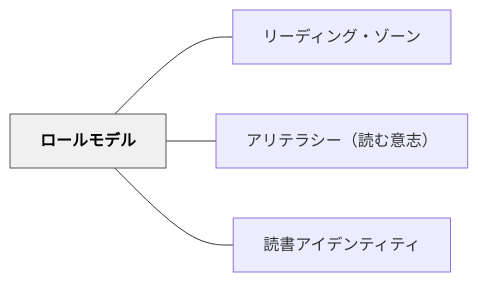
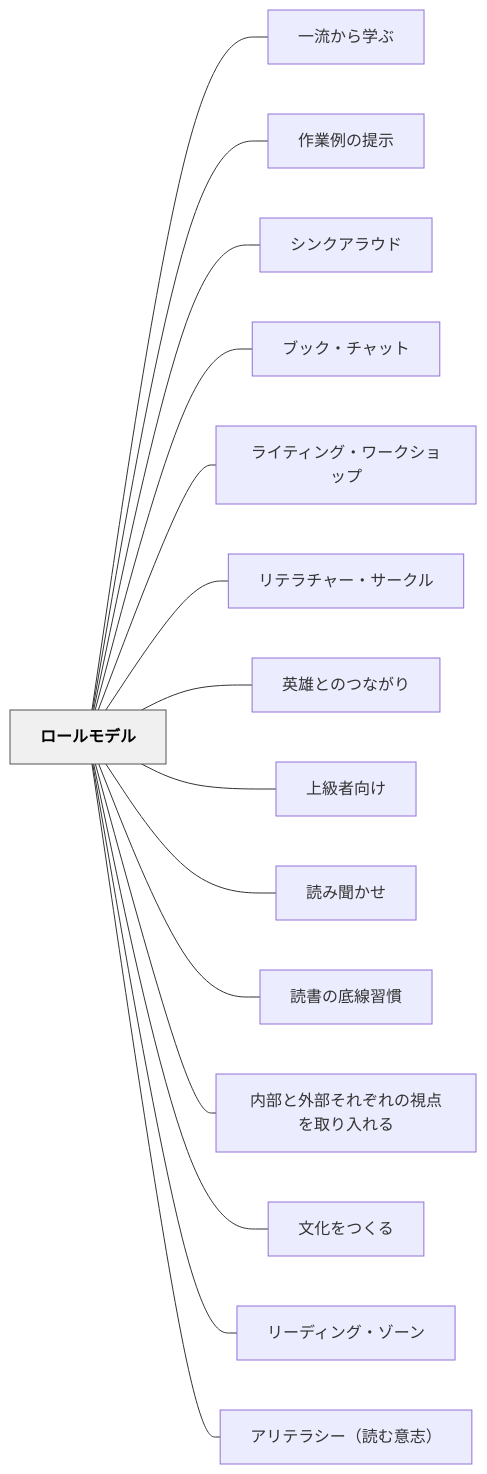
One commit to unknownthings-ed-patterns/unknownthings-ed-patterns changed the diagram in content/パタン/ロールモデル.md. Above: the diagram before and after it, drawn with Mermaid. The commit also changed other lines of this file and 473 other files, not shown here.

````diff
--- a/content/パタン/ロールモデル.md
+++ b/content/パタン/ロールモデル.md
@@ -108,14 +120,36 @@
 ```mermaid
 flowchart LR
     ne383ade383bc["ロールモデル"]
+    ne4b880e6b581["一流から学ぶ"]
+    ne4bd9ce6a5ad["作業例の提示"]
+    ne382b7e383b3["シンクアラウド"]
+    ne38396e38383["ブック・チャット"]
+    ne383a9e382a4["ライティング・ワークショップ"]
+    ne383aae38386["リテラチャー・サークル"]
+    ne88bb1e99b84["英雄とのつながり"]
+    ne4b88ae7b49a["上級者向け"]
+    ne8aaade381bf["読み聞かせ"]
+    ne8aaade69bb8["読書の底線習慣"]
+    ne58685e983a8["内部と外部それぞれの視点を取り入れる"]
+    ne69687e58c96["文化をつくる"]
     ne383aae383bc["リーディング・ゾーン"]
     ne382a2e383aa["アリテラシー（読む意志）"]
-    ne8aaade69bb8["読書アイデンティティ"]
 
+    ne383ade383bc --- ne4b880e6b581
+    ne383ade383bc --- ne4bd9ce6a5ad
+    ne383ade383bc --- ne382b7e383b3
+    ne383ade383bc --- ne38396e38383
+    ne383ade383bc --- ne383a9e382a4
+    ne383ade383bc --- ne383aae38386
+    ne383ade383bc --- ne88bb1e99b84
+    ne383ade383bc --- ne4b88ae7b49a
+    ne383ade383bc --- ne8aaade381bf
+    ne383ade383bc --- ne8aaade69bb8
+    ne383ade383bc --- ne58685e983a8
+    ne383ade383bc --- ne69687e58c96
     ne383ade383bc --- ne383aae383bc
     ne383ade383bc --- ne382a2e383aa
-    ne383ade383bc --- ne8aaade69bb8
 
     classDef hub fill:#f0f0f0,stroke:#555,color:#000,font-weight:bold
     class ne383ade383bc hub
 ```
````
